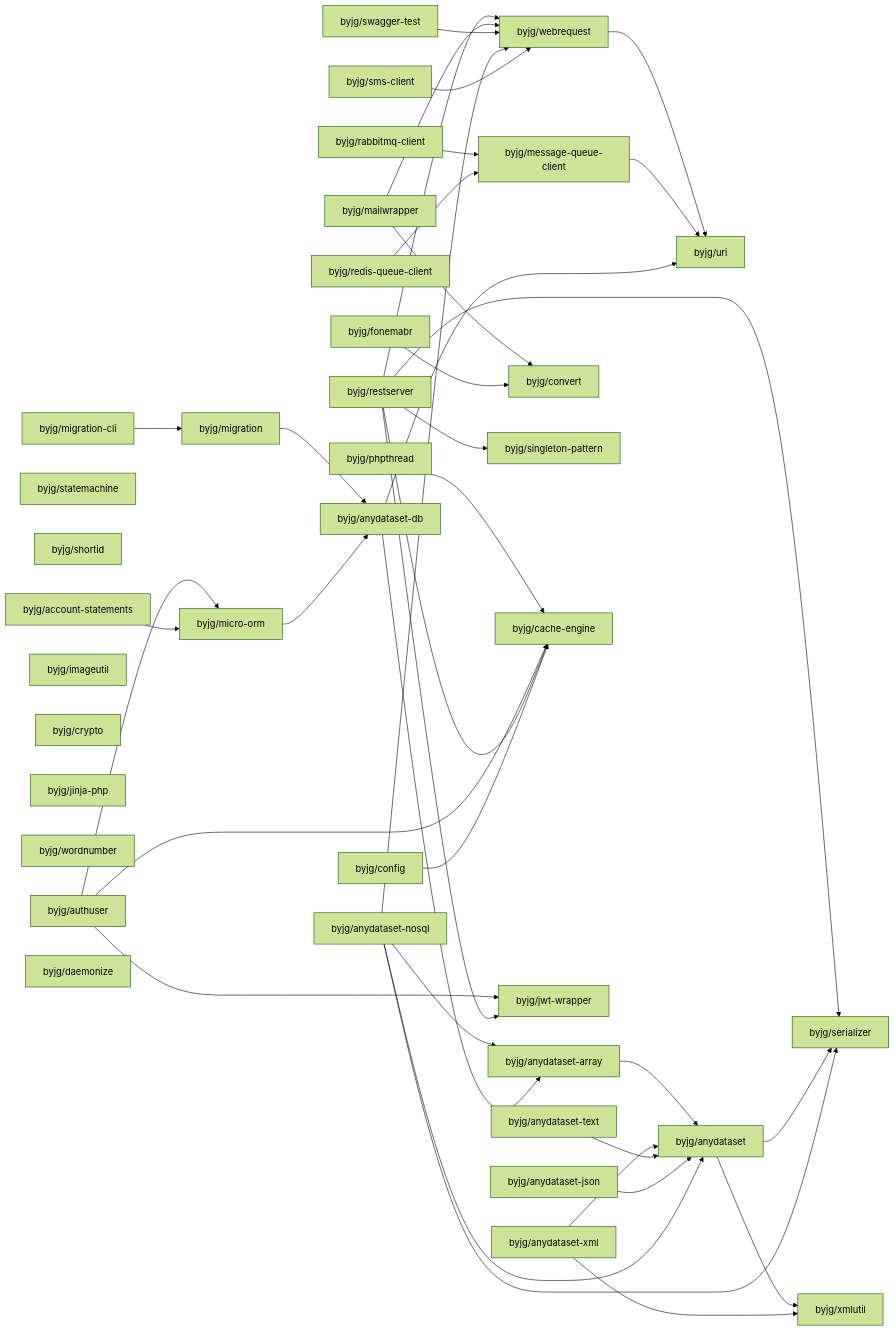
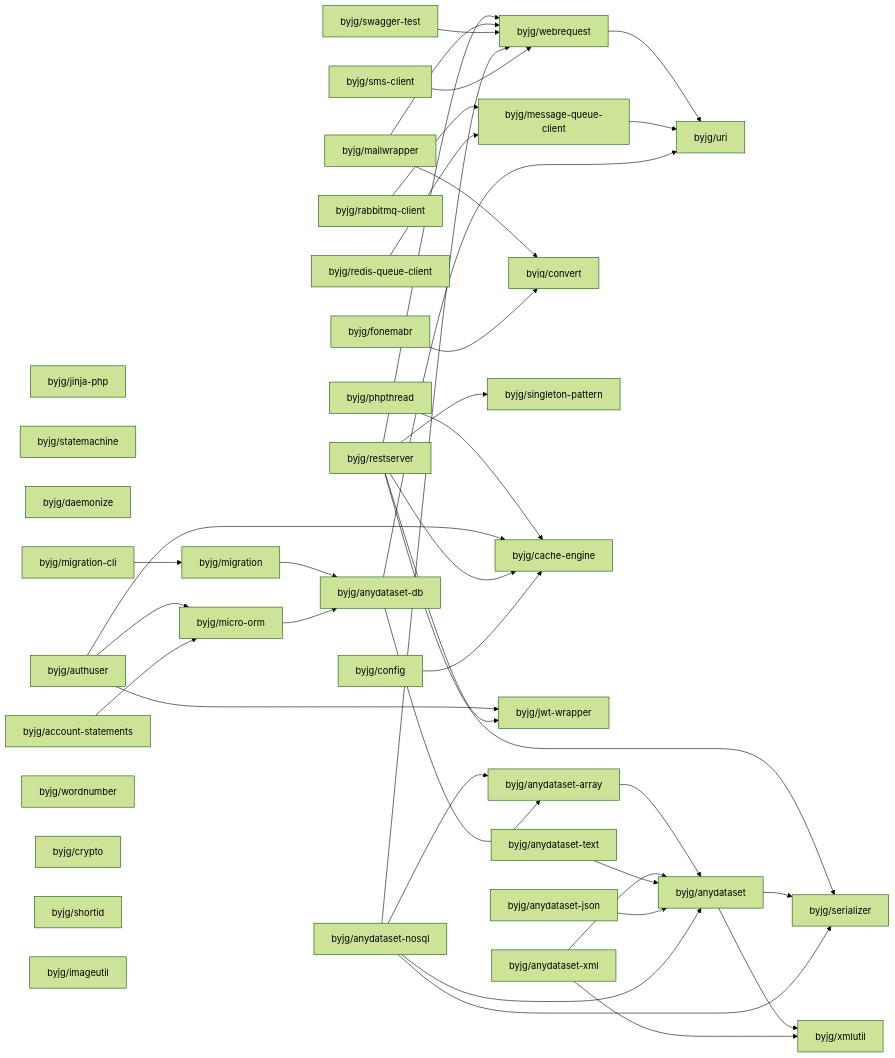
Before and after one commit to byjg/byjg.github.io: the diagram in docs/php/README.md, drawn with Mermaid (forest theme). The commit also changed other lines of this file, not shown here.

Commit message:
Update documentation 'php' 'php-serializer'

````diff
--- a/docs/php/README.md
+++ b/docs/php/README.md
@@ -3,76 +3,76 @@
 ```mermaid
 graph LR;
-  byjg/rabbitmq-client;
-  byjg/account-statements;
+  byjg/jinja-php;
   byjg/anydataset-json;
-  byjg/phpthread;
+  byjg/fonemabr;
+  byjg/anydataset-text;
   byjg/statemachine;
-  byjg/shortid;
-  byjg/migration-cli;
-  byjg/swagger-test;
-  byjg/imageutil;
-  byjg/crypto;
-  byjg/jinja-php;
-  byjg/fonemabr;
-  byjg/anydataset-nosql;
-  byjg/anydataset-text;
-  byjg/redis-queue-client;
   byjg/mailwrapper;
-  byjg/restserver;
-  byjg/config;
-  byjg/wordnumber;
-  byjg/anydataset-xml;
-  byjg/authuser;
   byjg/sms-client;
   byjg/daemonize;
+  byjg/account-statements;
+  byjg/config;
+  byjg/migration-cli;
+  byjg/redis-queue-client;
+  byjg/phpthread;
+  byjg/restserver;
+  byjg/authuser;
+  byjg/swagger-test;
+  byjg/anydataset-nosql;
+  byjg/wordnumber;
+  byjg/crypto;
+  byjg/shortid;
+  byjg/anydataset-xml;
+  byjg/rabbitmq-client;
+  byjg/imageutil;
+  byjg/convert;
   byjg/migration;
-  byjg/message-queue-client;
-  byjg/convert;
   byjg/singleton-pattern;
   byjg/micro-orm;
   byjg/cache-engine;
   byjg/jwt-wrapper;
   byjg/webrequest;
+  byjg/message-queue-client;
   byjg/anydataset-db;
   byjg/anydataset-array;
   byjg/uri;
   byjg/anydataset;
   byjg/serializer;
   byjg/xmlutil;
   byjg/phpthread --> byjg/cache-engine;
   byjg/authuser --> byjg/micro-orm;
   byjg/authuser --> byjg/cache-engine;
   byjg/authuser --> byjg/jwt-wrapper;
   byjg/anydataset-array --> byjg/anydataset;
   byjg/restserver --> byjg/serializer;
   byjg/restserver --> byjg/singleton-pattern;
   byjg/restserver --> byjg/cache-engine;
   byjg/restserver --> byjg/webrequest;
   byjg/restserver --> byjg/jwt-wrapper;
   byjg/mailwrapper --> byjg/convert;
   byjg/mailwrapper --> byjg/webrequest;
   byjg/swagger-test --> byjg/webrequest;
   byjg/migration --> byjg/anydataset-db;
   byjg/account-statements --> byjg/micro-orm;
   byjg/anydataset --> byjg/serializer;
   byjg/anydataset --> byjg/xmlutil;
   byjg/fonemabr --> byjg/convert;
   byjg/anydataset-xml --> byjg/anydataset;
   byjg/anydataset-xml --> byjg/xmlutil;
   byjg/webrequest --> byjg/uri;
   byjg/config --> byjg/cache-engine;
   byjg/migration-cli --> byjg/migration;
   byjg/anydataset-text --> byjg/anydataset;
   byjg/micro-orm --> byjg/anydataset-db;
   byjg/message-queue-client --> byjg/uri;
   byjg/anydataset-json --> byjg/anydataset;
   byjg/anydataset-nosql --> byjg/anydataset;
   byjg/anydataset-nosql --> byjg/anydataset-array;
   byjg/anydataset-nosql --> byjg/serializer;
   byjg/anydataset-nosql --> byjg/webrequest;
   byjg/anydataset-db --> byjg/anydataset-array;
   byjg/anydataset-db --> byjg/uri;
   byjg/rabbitmq-client --> byjg/message-queue-client;
   byjg/redis-queue-client --> byjg/message-queue-client;
   byjg/sms-client --> byjg/webrequest;
 ```
````
